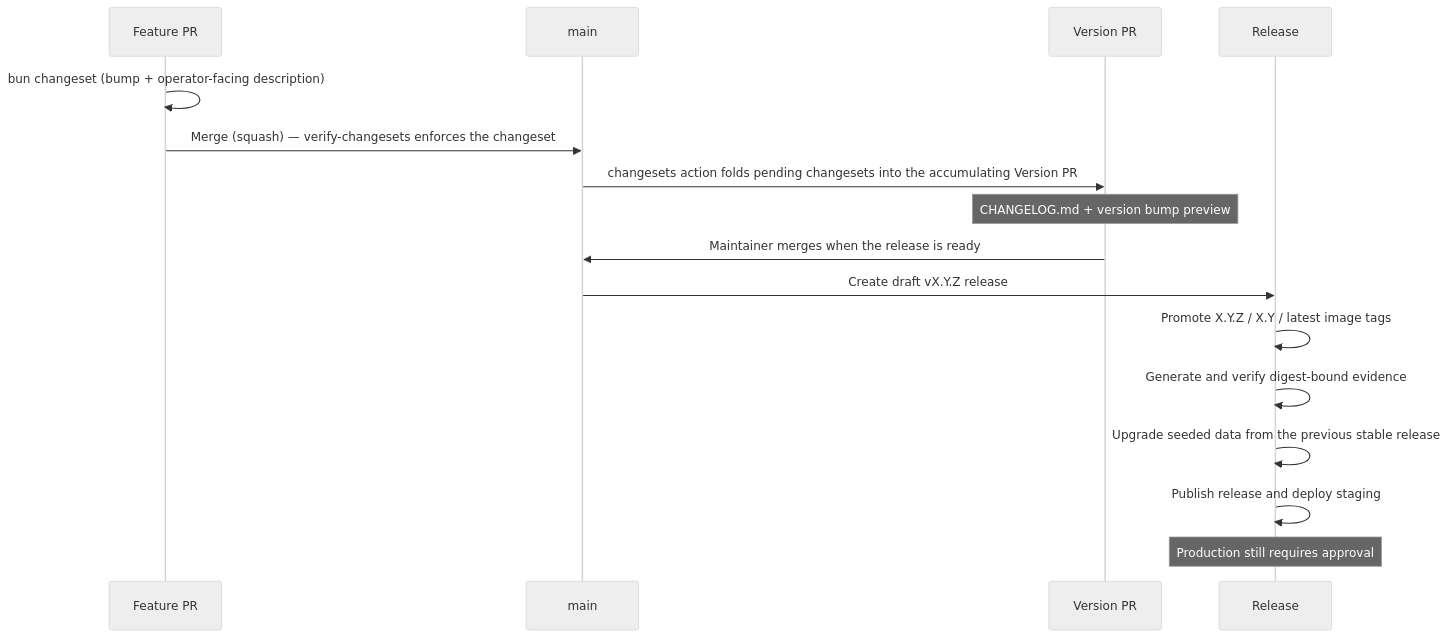
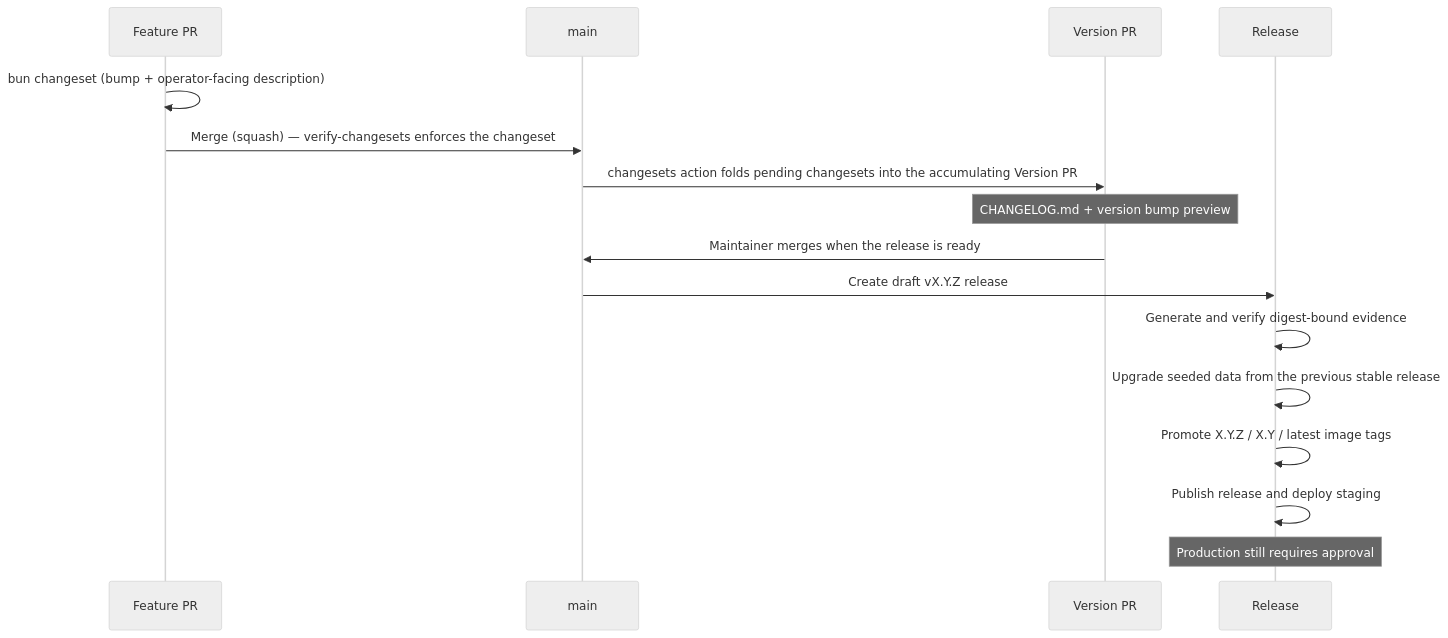
One commit to ls1intum/Hephaestus changed the diagram in docs/contributor/release-management.mdx. Above: the diagram before and after it, drawn with Mermaid (neutral theme). The commit also changed other lines of this file and 1 other file, not shown here.

````diff
--- a/docs/contributor/release-management.mdx
+++ b/docs/contributor/release-management.mdx
@@ -21,21 +21,21 @@
 ```mermaid
 sequenceDiagram
     accTitle: Changesets release workflow
     accDescr: Feature pull requests add changesets, the version pull request consumes them, and merging the version pull request publishes the release.
     participant PR as Feature PR
     participant M as main
     participant VP as Version PR
     participant R as Release
 
     PR->>PR: bun changeset (bump + operator-facing description)
     PR->>M: Merge (squash) — verify-changesets enforces the changeset
     M->>VP: changesets action folds pending changesets into the accumulating Version PR
     Note over VP: CHANGELOG.md + version bump preview
     VP->>M: Maintainer merges when the release is ready
     M->>R: Create draft vX.Y.Z release
-    R->>R: Promote X.Y.Z / X.Y / latest image tags
     R->>R: Generate and verify digest-bound evidence
     R->>R: Upgrade seeded data from the previous stable release
+    R->>R: Promote X.Y.Z / X.Y / latest image tags
     R->>R: Publish release and deploy staging
     Note over R: Production still requires approval
 ```
````
